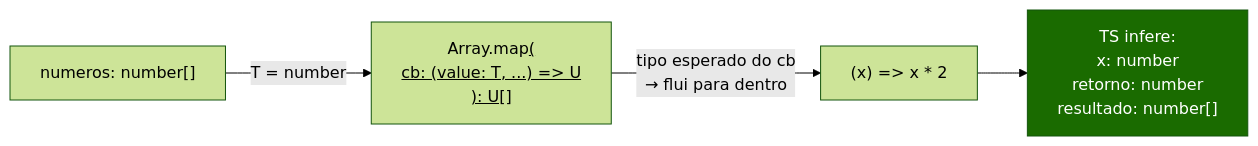
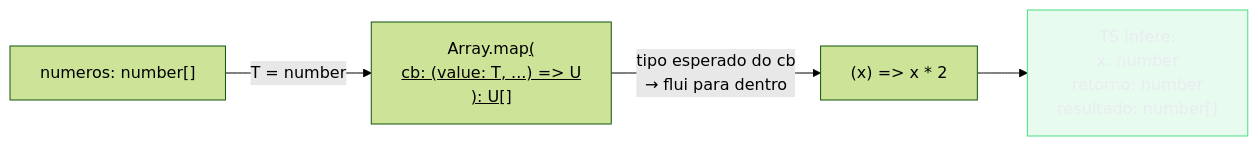
Before and after one commit to josenaldo/codex-technomanticus: the fourth of 4 diagrams in 03-Dominios/Tecnologia/TypeScript/10 - Tipando funções - assinaturas, overloads, contextual typing.md, drawn with Mermaid (forest theme). The commit also changed other lines of this file and 1181 other files, not shown here.

First line of the commit message:
fix(diagramas): paleta do sistema no lugar de cor cravada no markdown

````diff
--- a/03-Dominios/Tecnologia/TypeScript/10 - Tipando funções - assinaturas, overloads, contextual typing.md
+++ b/03-Dominios/Tecnologia/TypeScript/10 - Tipando funções - assinaturas, overloads, contextual typing.md
@@ -452,13 +457,14 @@
 ```mermaid
 flowchart LR
+    classDef ok fill:#4ADE8021,stroke:#4ADE80,color:#E9ECF2
     ARR["numeros: number[]"]
     MAP["Array<T>.map<U>(\n  cb: (value: T, ...) => U\n): U[]"]
     CB["(x) => x * 2"]
     INF["TS infere:\nx: number\nretorno: number\nresultado: number[]"]
 
     ARR -->|"T = number"| MAP
     MAP -->|"tipo esperado do cb\n→ flui para dentro"| CB
     CB --> INF
 
-    style INF fill:#1a6b00,color:#fff
+    class INF ok
 ```
````
